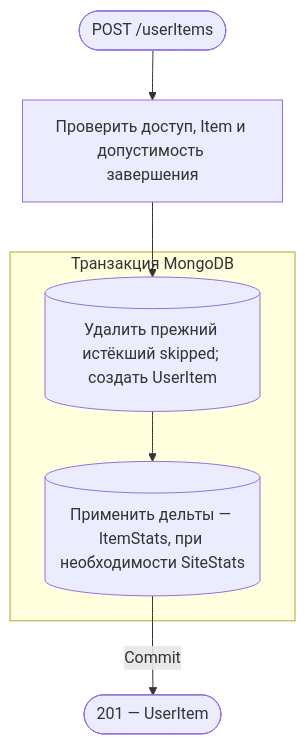
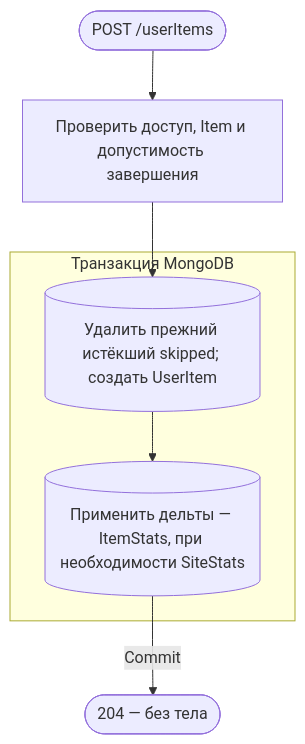
The second of 8 diagrams in apps/api/public/docs/api/requestFlows/userItems.md (AmyGrooove/f95-tinder), drawn with Mermaid before and after one commit. The commit also changed other lines of this file and 230 other files, not shown here.

````diff
--- a/apps/api/public/docs/api/requestFlows/userItems.md
+++ b/apps/api/public/docs/api/requestFlows/userItems.md
@@ -37,12 +37,12 @@
 ```mermaid
 flowchart TD
     accTitle: Добавление произведения в библиотеку
     accDescr: Проверить доступ и Item, создать UserItem со статистикой в транзакции и вернуть запись
     A(["POST /userItems"]):::http --> B["Проверить доступ, Item и допустимость завершения"]:::action
     subgraph TX["Транзакция MongoDB"]
         C[("Удалить прежний истёкший skipped; создать UserItem")]:::data
         C --> D[("Применить дельты — ItemStats, при необходимости SiteStats")]:::data
     end
     B --> C
-    D -->|Commit| R(["201 — UserItem"]):::http
+    D -->|Commit| R(["204 — без тела"]):::http
 ```
````
